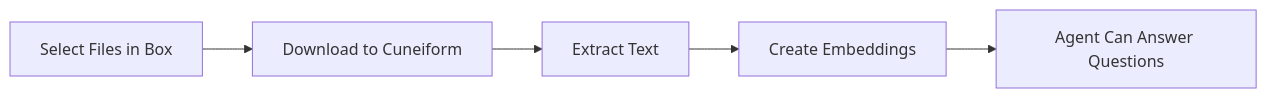
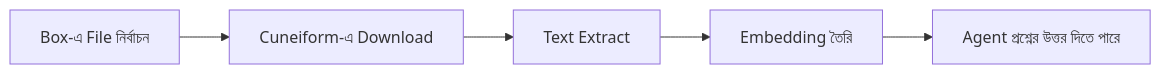
One commit to cuneiform-chat/docs changed the diagram in content/bn/knowledge-base/box.mdx. Above: the diagram before and after it, drawn with Mermaid. The commit also changed other lines of this file and 12 other files, not shown here.

````diff
--- a/content/bn/knowledge-base/box.mdx
+++ b/content/bn/knowledge-base/box.mdx
@@ -67,7 +64,7 @@
 ```mermaid
 graph LR
-    A[Select Files in Box] --> B[Download to Cuneiform]
-    B --> C[Extract Text]
-    C --> D[Create Embeddings]
-    D --> E[Agent Can Answer Questions]
+    A[Box-এ File নির্বাচন] --> B[Cuneiform-এ Download]
+    B --> C[Text Extract]
+    C --> D[Embedding তৈরি]
+    D --> E[Agent প্রশ্নের উত্তর দিতে পারে]
 ```
````
